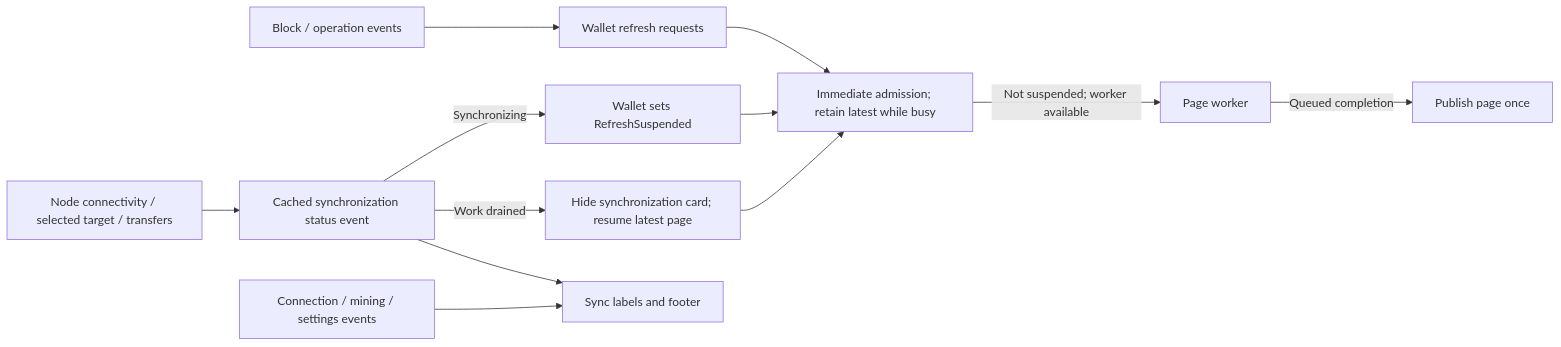
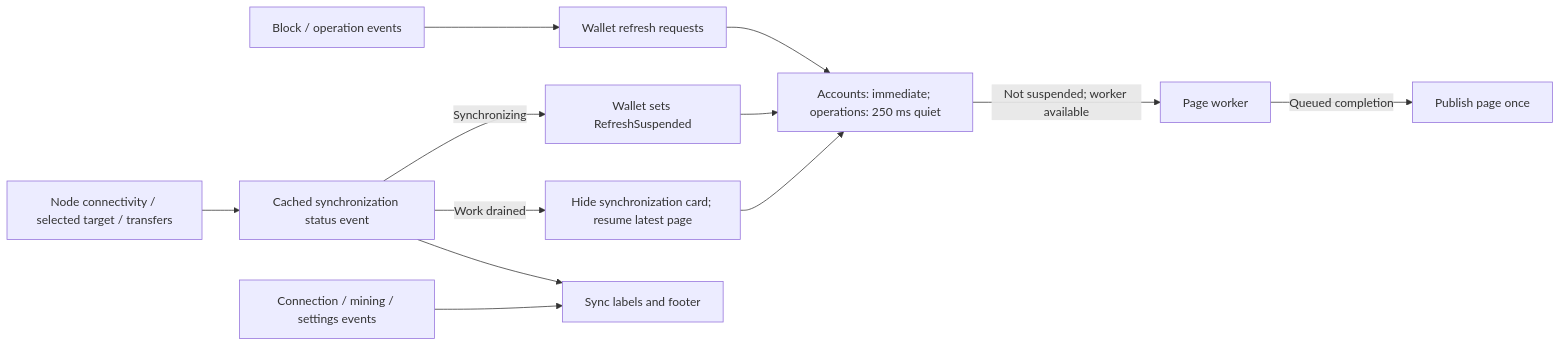
Before and after one commit to PascalCoinDev/PascalCoin: the diagram in src/gui-experimental/README.md, drawn with Mermaid. The commit also changed other lines of this file and 19 other files, not shown here.

````diff
--- a/src/gui-experimental/README.md
+++ b/src/gui-experimental/README.md
@@ -198,14 +200,14 @@
 ```mermaid
 flowchart LR
     node["Block / operation events"] --> requests["Wallet refresh requests"]
-    requests --> admission["Immediate admission; retain latest while busy"]
+    requests --> admission["Accounts: immediate; operations: 250 ms quiet"]
     admission -->|"Not suspended; worker available"| fetch["Page worker"]
     fetch -->|"Queued completion"| page["Publish page once"]
     facts["Node connectivity / selected target / transfers"] --> status["Cached synchronization status event"]
     status -->|"Synchronizing"| binding["Wallet sets RefreshSuspended"]
     binding --> admission
     status -->|"Work drained"| resume["Hide synchronization card; resume latest page"]
     resume --> admission
     status --> labels["Sync labels and footer"]
     changes["Connection / mining / settings events"] --> labels
 ```
````
